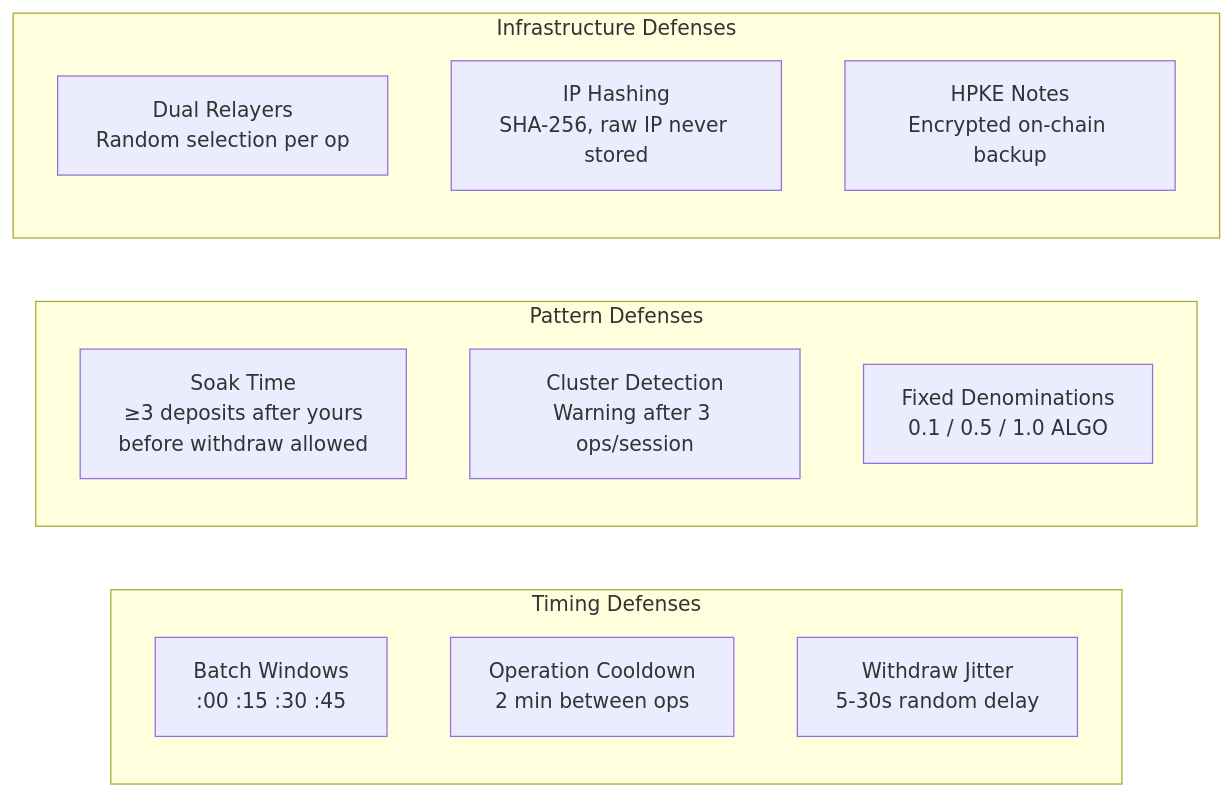
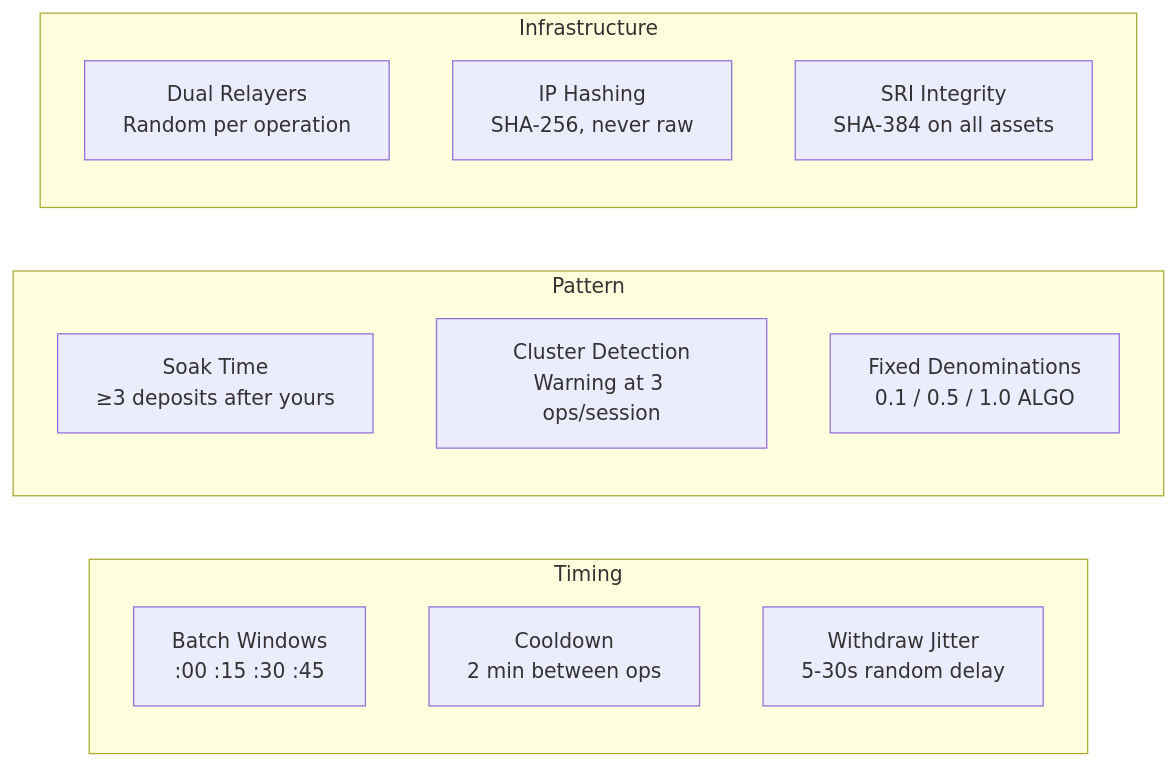
One commit to mitchhall16/2birds changed the third of 4 diagrams in README.md. Above: the diagram before and after it, drawn with Mermaid. The commit also changed other lines of this file and 4 other files, not shown here.

````diff
--- a/README.md
+++ b/README.md
@@ -166,20 +157,20 @@
 ```mermaid
 graph LR
-    subgraph "Timing Defenses"
+    subgraph "Timing"
         BW["Batch Windows<br/>:00 :15 :30 :45"]
-        CD["Operation Cooldown<br/>2 min between ops"]
+        CD["Cooldown<br/>2 min between ops"]
         WJ["Withdraw Jitter<br/>5-30s random delay"]
     end
 
-    subgraph "Pattern Defenses"
-        ST["Soak Time<br/>≥3 deposits after yours<br/>before withdraw allowed"]
-        CL["Cluster Detection<br/>Warning after 3 ops/session"]
+    subgraph "Pattern"
+        ST["Soak Time<br/>≥3 deposits after yours"]
+        CL["Cluster Detection<br/>Warning at 3 ops/session"]
         FD["Fixed Denominations<br/>0.1 / 0.5 / 1.0 ALGO"]
     end
 
-    subgraph "Infrastructure Defenses"
-        DR["Dual Relayers<br/>Random selection per op"]
-        IH["IP Hashing<br/>SHA-256, raw IP never stored"]
-        HN["HPKE Notes<br/>Encrypted on-chain backup"]
+    subgraph "Infrastructure"
+        DR["Dual Relayers<br/>Random per operation"]
+        IH["IP Hashing<br/>SHA-256, never raw"]
+        SR["SRI Integrity<br/>SHA-384 on all assets"]
     end
 ```
````
